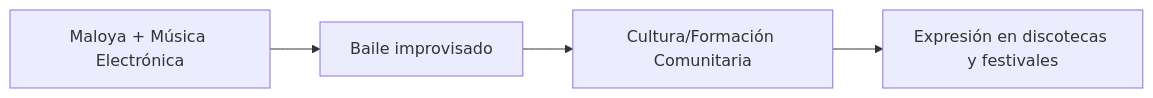
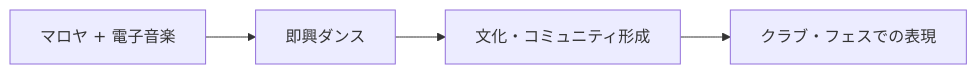
Before and after one commit to monumental-movement/monumental-movement.github.io: the sixth of 6 diagrams in es/_posts/2025-10-04-Column-Nyege-Nyege.md, drawn with Mermaid. The commit also changed other lines of this file and 299 other files, not shown here.

```diff
--- a/es/_posts/2025-10-04-Column-Nyege-Nyege.md
+++ b/es/_posts/2025-10-04-Column-Nyege-Nyege.md
@@ -285,7 +285,7 @@
 <div class="mermaid">
 
 flowchart LR
-    Music["Maloya + Música Electrónica"] --> Dance["Baile improvisado"]
-    Dance --> Community["Cultura/Formación Comunitaria"]
-    Community --> Festivals["Expresión en discotecas y festivales"]
+    Music["マロヤ + 電子音楽"] --> Dance["即興ダンス"]
+    Dance --> Community["文化・コミュニティ形成"]
+    Community --> Festivals["クラブ・フェスでの表現"]
 </div>
```
